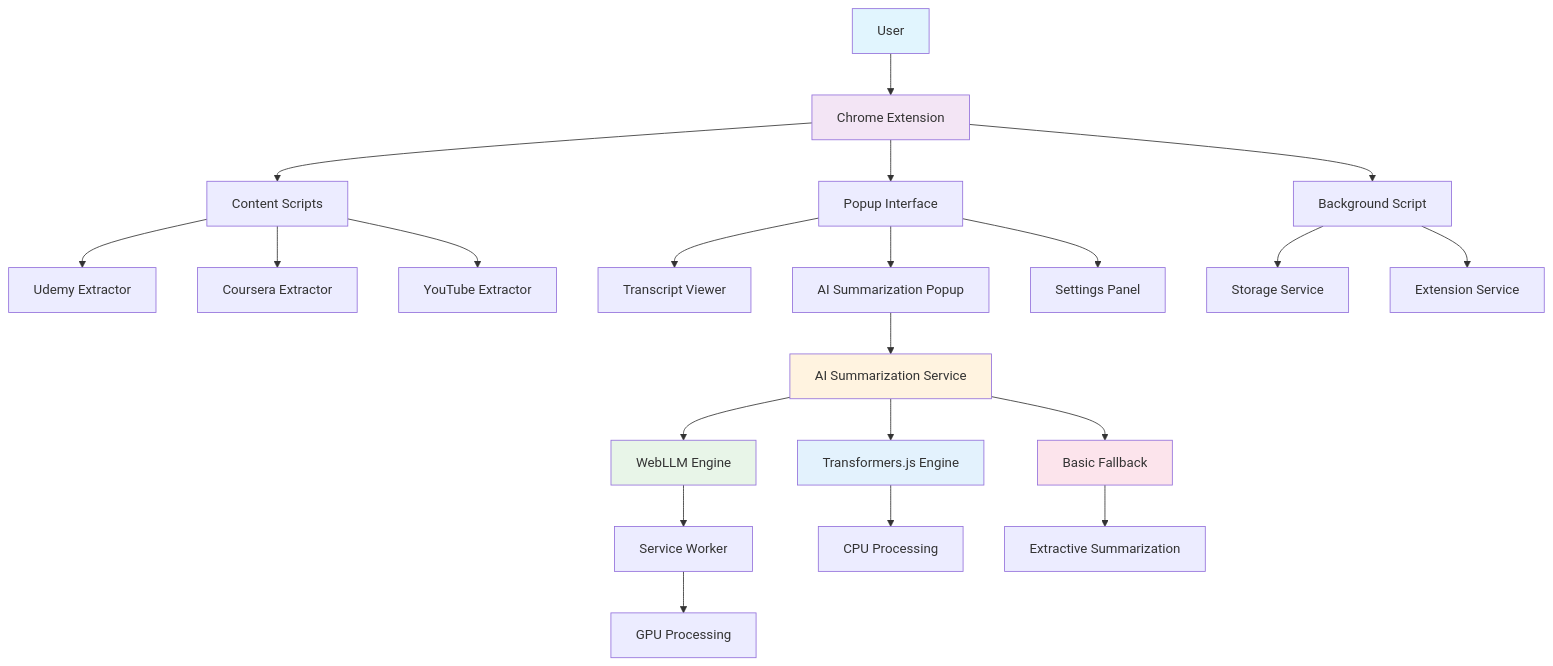
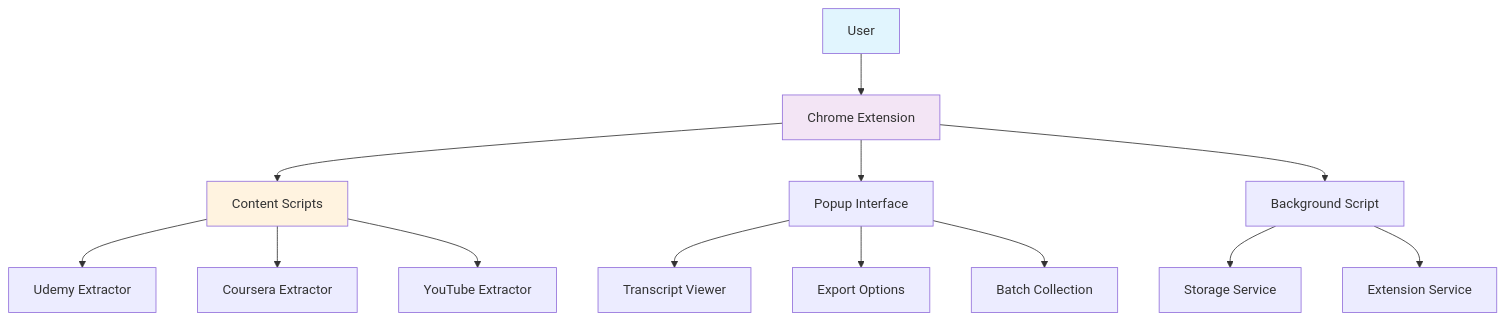
One commit to pras-ops/udemy-transcript-extractor changed the first of 2 diagrams in README.md. Above: the diagram before and after it, drawn with Mermaid. The commit also changed other lines of this file and 66 other files, not shown here.

````diff
--- a/README.md
+++ b/README.md
@@ -53,36 +42,22 @@
 ```mermaid
 graph TB
     A[User] --> B[Chrome Extension]
     B --> C[Content Scripts]
     B --> D[Popup Interface]
     B --> E[Background Script]
     
     C --> F[Udemy Extractor]
     C --> G[Coursera Extractor]
     C --> H[YouTube Extractor]
     
     D --> I[Transcript Viewer]
-    D --> J[AI Summarization Popup]
-    D --> K[Settings Panel]
+    D --> J[Export Options]
+    D --> K[Batch Collection]
     
     E --> L[Storage Service]
     E --> M[Extension Service]
     
-    J --> N[AI Summarization Service]
-    N --> O[WebLLM Engine]
-    N --> P[Transformers.js Engine]
-    N --> Q[Basic Fallback]
-    
-    O --> R[Service Worker]
-    R --> S[GPU Processing]
-    
-    P --> T[CPU Processing]
-    Q --> U[Extractive Summarization]
-    
     style A fill:#e1f5fe
     style B fill:#f3e5f5
-    style N fill:#fff3e0
-    style O fill:#e8f5e8
-    style P fill:#e3f2fd
-    style Q fill:#fce4ec
+    style C fill:#fff3e0
 ```
````
